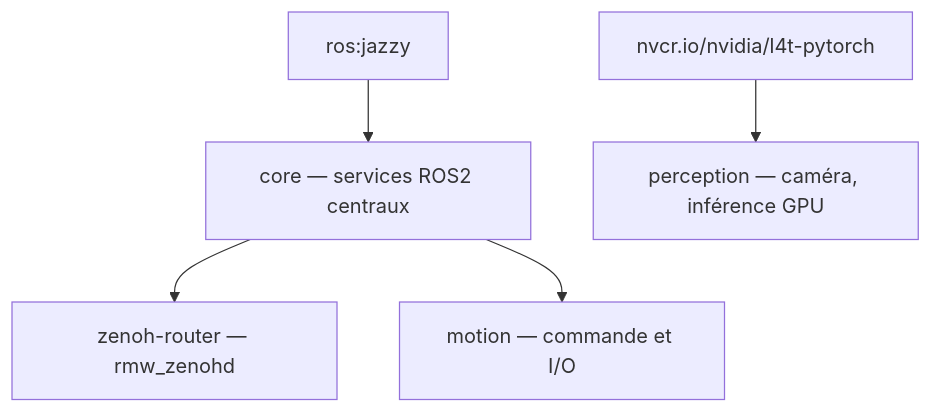
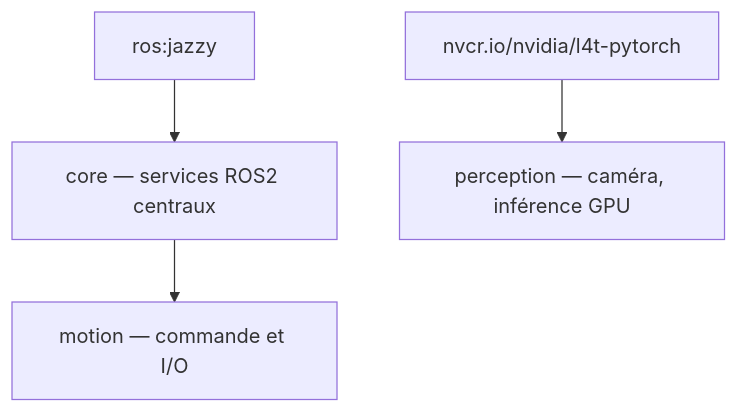
Before and after one commit to iobewi/r2bewi_sdk_manager: the diagram in docker/README.md, drawn with Mermaid. The commit also changed other lines of this file and 2 other files, not shown here.

Commit message:
refactor(docker): supprimer zenoh-router — CMD et ports gérés par les manifests K3s

````diff
--- a/docker/README.md
+++ b/docker/README.md
@@ -36,10 +35,9 @@
 ```mermaid
 graph TD
     JAZZY["ros:jazzy"]
     L4T["nvcr.io/nvidia/l4t-pytorch"]
 
     JAZZY --> CORE["core — services ROS2 centraux"]
-    CORE --> ROUTER["zenoh-router — rmw_zenohd"]
     CORE --> MOTION["motion — commande et I/O"]
     L4T --> PERCEPTION["perception — caméra, inférence GPU"]
 ```
````
